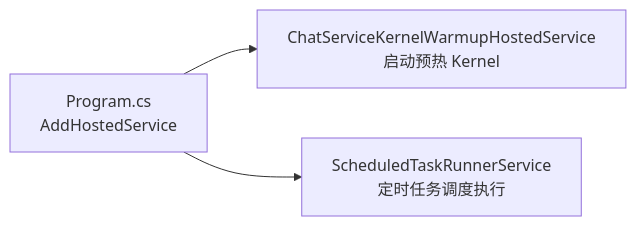
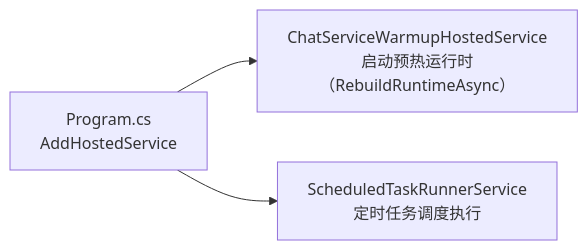
Before and after one commit to torsilver/OpenWorkmate: the tenth of 10 diagrams in docs/architecture-dimensions.md, drawn with Mermaid. The commit also changed other lines of this file and 13 other files, not shown here.

````diff
--- a/docs/architecture-dimensions.md
+++ b/docs/architecture-dimensions.md
@@ -263,8 +265,8 @@
 ```mermaid
 flowchart LR
-  H1["ChatServiceKernelWarmupHostedService<br/>启动预热 Kernel"]
+  H1["ChatServiceWarmupHostedService<br/>启动预热运行时（RebuildRuntimeAsync）"]
   H2["ScheduledTaskRunnerService<br/>定时任务调度执行"]
   PROG2["Program.cs<br/>AddHostedService"]
   PROG2 --> H1
   PROG2 --> H2
 ```
````
